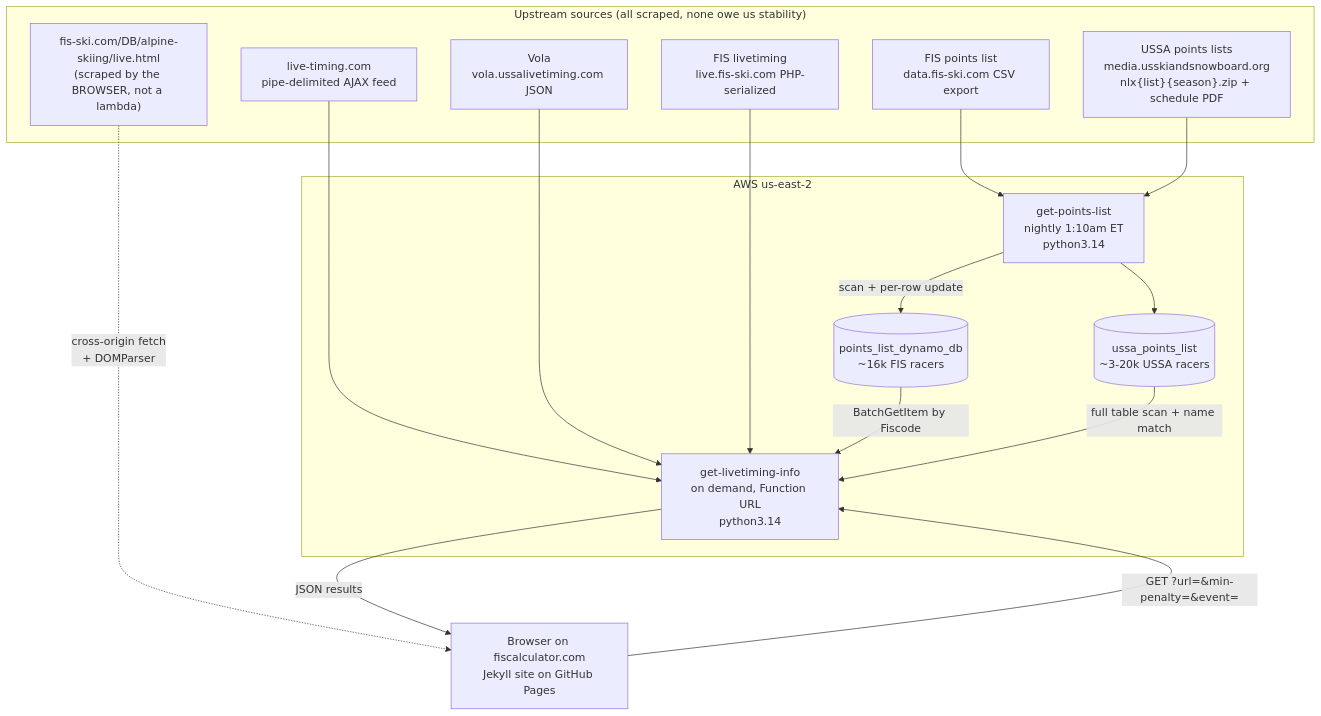
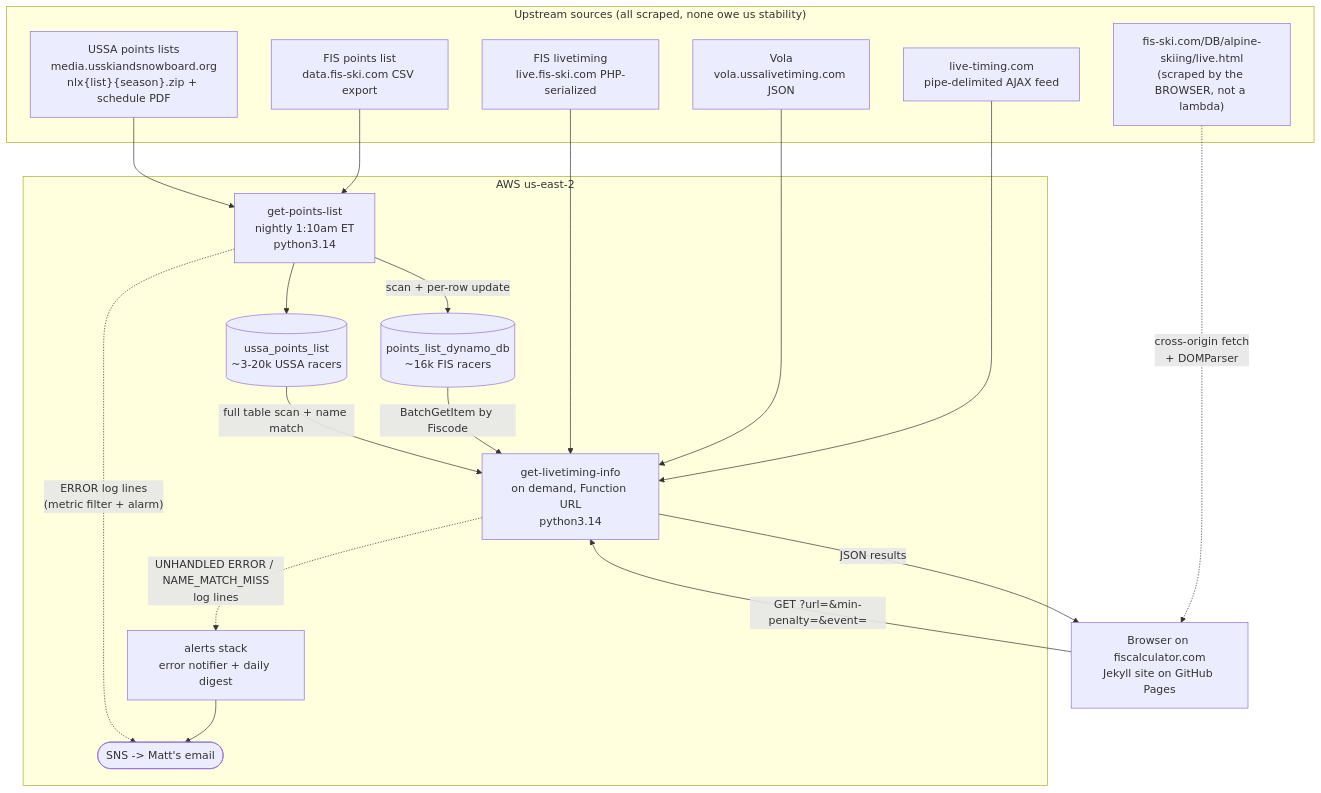
One commit to MSmallhouse/fis-calculator changed the diagram in docs/architecture.md. Above: the diagram before and after it, drawn with Mermaid. The commit also changed other lines of this file and 7 other files, not shown here.

````diff
--- a/docs/architecture.md
+++ b/docs/architecture.md
@@ -35,36 +37,42 @@
 ```mermaid
 flowchart TB
     subgraph upstream["Upstream sources (all scraped, none owe us stability)"]
         FISLIST["FIS points list<br/>data.fis-ski.com CSV export"]
         USSALIST["USSA points lists<br/>media.usskiandsnowboard.org<br/>nlx{list}{season}.zip + schedule PDF"]
         LT["live-timing.com<br/>pipe-delimited AJAX feed"]
         VOLA["Vola<br/>vola.ussalivetiming.com JSON"]
         FISLIVE["FIS livetiming<br/>live.fis-ski.com PHP-serialized"]
         FISAPP["fis-ski.com/DB/alpine-skiing/live.html<br/>(scraped by the BROWSER, not a lambda)"]
     end
 
     subgraph aws["AWS us-east-2"]
         GPL["get-points-list<br/>nightly 1:10am ET<br/>python3.14"]
         GLI["get-livetiming-info<br/>on demand, Function URL<br/>python3.14"]
         T1[("points_list_dynamo_db<br/>~16k FIS racers")]
         T2[("ussa_points_list<br/>~3-20k USSA racers")]
+        ALERTS["alerts stack<br/>error notifier + daily digest"]
+        SNS(["SNS -> Matt's email"])
     end
 
     BROWSER["Browser on fiscalculator.com<br/>Jekyll site on GitHub Pages"]
 
     FISLIST --> GPL
     USSALIST --> GPL
     GPL -->|"scan + per-row update"| T1
     GPL --> T2
 
     BROWSER -->|"GET ?url=&min-penalty=&event="| GLI
     FISAPP -.->|"cross-origin fetch<br/>+ DOMParser"| BROWSER
 
     LT --> GLI
     VOLA --> GLI
     FISLIVE --> GLI
 
     T1 -->|"BatchGetItem by Fiscode"| GLI
     T2 -->|"full table scan + name match"| GLI
     GLI -->|"JSON results"| BROWSER
+
+    GLI -.->|"UNHANDLED ERROR / NAME_MATCH_MISS<br/>log lines"| ALERTS
+    ALERTS --> SNS
+    GPL -.->|"ERROR log lines<br/>(metric filter + alarm)"| SNS
 ```
````
